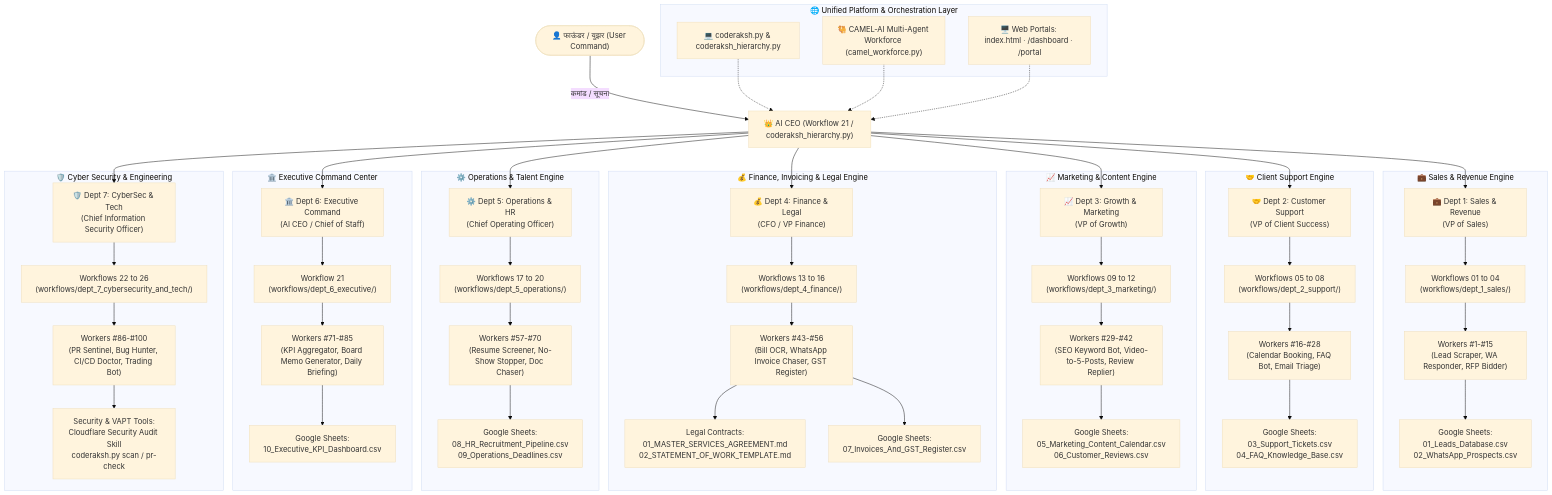
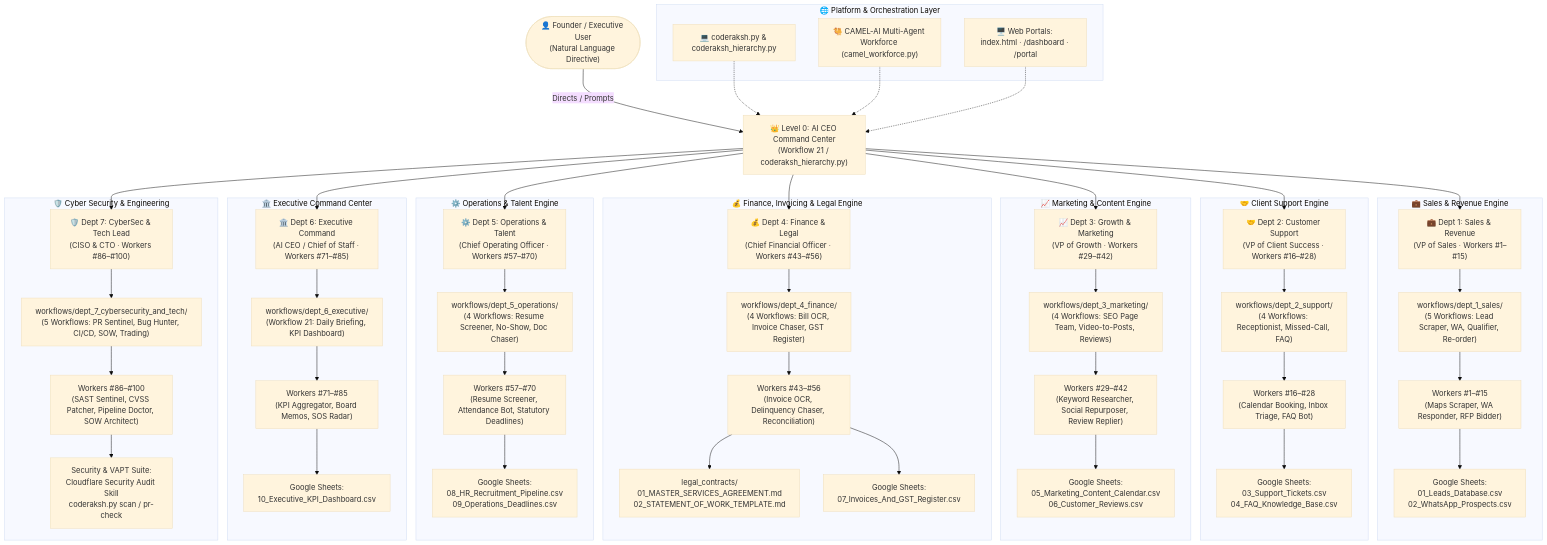
One commit to Chetan-Biranje/CodeRaksh-Company changed the diagram in AUTONOMOUS_SYSTEM_TREE.md. Above: the diagram before and after it, drawn with Mermaid (base theme). The commit also changed other lines of this file and 25 other files, not shown here.

````diff
--- a/AUTONOMOUS_SYSTEM_TREE.md
+++ b/AUTONOMOUS_SYSTEM_TREE.md
@@ -17,77 +20,77 @@
 ```mermaid
 graph TD
     %% Executive Level
-    FOUNDER(["👤 फाऊंडर / युझर (User Command)"])
-    CEO["👑 AI CEO (Workflow 21 / coderaksh_hierarchy.py)"]
-    FOUNDER -->|"कमांड / सूचना"| CEO
+    FOUNDER(["👤 Founder / Executive User<br/>(Natural Language Directive)"])
+    CEO["👑 Level 0: AI CEO Command Center<br/>(Workflow 21 / coderaksh_hierarchy.py)"]
+    FOUNDER -->|"Directs / Prompts"| CEO
 
-    %% 7 Departments
-    CEO --> D1["💼 Dept 1: Sales & Revenue<br/>(VP of Sales)"]
-    CEO --> D2["🤝 Dept 2: Customer Support<br/>(VP of Client Success)"]
-    CEO --> D3["📈 Dept 3: Growth & Marketing<br/>(VP of Growth)"]
-    CEO --> D4["💰 Dept 4: Finance & Legal<br/>(CFO / VP Finance)"]
-    CEO --> D5["⚙️ Dept 5: Operations & HR<br/>(Chief Operating Officer)"]
-    CEO --> D6["🏛️ Dept 6: Executive Command<br/>(AI CEO / Chief of Staff)"]
-    CEO --> D7["🛡️ Dept 7: CyberSec & Tech<br/>(Chief Information Security Officer)"]
+    %% 7 Department Leadership
+    CEO --> D1["💼 Dept 1: Sales & Revenue<br/>(VP of Sales · Workers #1–#15)"]
+    CEO --> D2["🤝 Dept 2: Customer Support<br/>(VP of Client Success · Workers #16–#28)"]
+    CEO --> D3["📈 Dept 3: Growth & Marketing<br/>(VP of Growth · Workers #29–#42)"]
+    CEO --> D4["💰 Dept 4: Finance & Legal<br/>(Chief Financial Officer · Workers #43–#56)"]
+    CEO --> D5["⚙️ Dept 5: Operations & Talent<br/>(Chief Operating Officer · Workers #57–#70)"]
+    CEO --> D6["🏛️ Dept 6: Executive Command<br/>(AI CEO / Chief of Staff · Workers #71–#85)"]
+    CEO --> D7["🛡️ Dept 7: CyberSec & Tech Lead<br/>(CISO & CTO · Workers #86–#100)"]
 
     %% Dept 1 Workflows & Tools
     subgraph S1 ["💼 Sales & Revenue Engine"]
-        D1 --> W1["Workflows 01 to 04<br/>(workflows/dept_1_sales/)"]
-        W1 --> T1["Workers #1-#15<br/>(Lead Scraper, WA Responder, RFP Bidder)"]
+        D1 --> W1["workflows/dept_1_sales/<br/>(5 Workflows: Lead Scraper, WA, Qualifier, Re-order)"]
+        W1 --> T1["Workers #1–#15<br/>(Maps Scraper, WA Responder, RFP Bidder)"]
         T1 --> SH1["Google Sheets:<br/>01_Leads_Database.csv<br/>02_WhatsApp_Prospects.csv"]
     end
 
     %% Dept 2 Workflows & Tools
     subgraph S2 ["🤝 Client Support Engine"]
-        D2 --> W2["Workflows 05 to 08<br/>(workflows/dept_2_support/)"]
-        W2 --> T2["Workers #16-#28<br/>(Calendar Booking, FAQ Bot, Email Triage)"]
+        D2 --> W2["workflows/dept_2_support/<br/>(4 Workflows: Receptionist, Missed-Call, FAQ)"]
+        W2 --> T2["Workers #16–#28<br/>(Calendar Booking, Inbox Triage, FAQ Bot)"]
         T2 --> SH2["Google Sheets:<br/>03_Support_Tickets.csv<br/>04_FAQ_Knowledge_Base.csv"]
     end
 
     %% Dept 3 Workflows & Tools
     subgraph S3 ["📈 Marketing & Content Engine"]
-        D3 --> W3["Workflows 09 to 12<br/>(workflows/dept_3_marketing/)"]
-        W3 --> T3["Workers #29-#42<br/>(SEO Keyword Bot, Video-to-5-Posts, Review Replier)"]
+        D3 --> W3["workflows/dept_3_marketing/<br/>(4 Workflows: SEO Page Team, Video-to-Posts, Reviews)"]
+        W3 --> T3["Workers #29–#42<br/>(Keyword Researcher, Social Repurposer, Review Replier)"]
         T3 --> SH3["Google Sheets:<br/>05_Marketing_Content_Calendar.csv<br/>06_Customer_Reviews.csv"]
     end
 
     %% Dept 4 Workflows & Tools
     subgraph S4 ["💰 Finance, Invoicing & Legal Engine"]
-        D4 --> W4["Workflows 13 to 16<br/>(workflows/dept_4_finance/)"]
-        W4 --> T4["Workers #43-#56<br/>(Bill OCR, WhatsApp Invoice Chaser, GST Register)"]
-        T4 --> LEG["Legal Contracts:<br/>01_MASTER_SERVICES_AGREEMENT.md<br/>02_STATEMENT_OF_WORK_TEMPLATE.md"]
+        D4 --> W4["workflows/dept_4_finance/<br/>(4 Workflows: Bill OCR, Invoice Chaser, GST Register)"]
+        W4 --> T4["Workers #43–#56<br/>(Invoice OCR, Delinquency Chaser, Reconciliation)"]
+        T4 --> LEG["legal_contracts/<br/>01_MASTER_SERVICES_AGREEMENT.md<br/>02_STATEMENT_OF_WORK_TEMPLATE.md"]
         T4 --> SH4["Google Sheets:<br/>07_Invoices_And_GST_Register.csv"]
     end
 
     %% Dept 5 Workflows & Tools
     subgraph S5 ["⚙️ Operations & Talent Engine"]
-        D5 --> W5["Workflows 17 to 20<br/>(workflows/dept_5_operations/)"]
-        W5 --> T5["Workers #57-#70<br/>(Resume Screener, No-Show Stopper, Doc Chaser)"]
+        D5 --> W5["workflows/dept_5_operations/<br/>(4 Workflows: Resume Screener, No-Show, Doc Chaser)"]
+        W5 --> T5["Workers #57–#70<br/>(Resume Screener, Attendance Bot, Statutory Deadlines)"]
         T5 --> SH5["Google Sheets:<br/>08_HR_Recruitment_Pipeline.csv<br/>09_Operations_Deadlines.csv"]
     end
 
     %% Dept 6 Workflows & Tools
     subgraph S6 ["🏛️ Executive Command Center"]
-        D6 --> W6["Workflow 21<br/>(workflows/dept_6_executive/)"]
-        W6 --> T6["Workers #71-#85<br/>(KPI Aggregator, Board Memo Generator, Daily Briefing)"]
+        D6 --> W6["workflows/dept_6_executive/<br/>(Workflow 21: Daily Briefing, KPI Dashboard)"]
+        W6 --> T6["Workers #71–#85<br/>(KPI Aggregator, Board Memos, SOS Radar)"]
         T6 --> SH6["Google Sheets:<br/>10_Executive_KPI_Dashboard.csv"]
     end
 
     %% Dept 7 Workflows & Tools
     subgraph S7 ["🛡️ Cyber Security & Engineering"]
-        D7 --> W7["Workflows 22 to 26<br/>(workflows/dept_7_cybersecurity_and_tech/)"]
-        W7 --> T7["Workers #86-#100<br/>(PR Sentinel, Bug Hunter, CI/CD Doctor, Trading Bot)"]
-        T7 --> SEC["Security & VAPT Tools:<br/>Cloudflare Security Audit Skill<br/>coderaksh.py scan / pr-check"]
+        D7 --> W7["workflows/dept_7_cybersecurity_and_tech/<br/>(5 Workflows: PR Sentinel, Bug Hunter, CI/CD, SOW, Trading)"]
+        W7 --> T7["Workers #86–#100<br/>(SAST Sentinel, CVSS Patcher, Pipeline Doctor, SOW Architect)"]
+        T7 --> SEC["Security & VAPT Suite:<br/>Cloudflare Security Audit Skill<br/>coderaksh.py scan / pr-check"]
     end
 
-    %% Autonomous CLI & Portal Layer
-    subgraph PLATFORM ["🌐 Unified Platform & Orchestration Layer"]
+    %% Platform Orchestration
+    subgraph PLATFORM ["🌐 Platform & Orchestration Layer"]
         CLI["💻 coderaksh.py & coderaksh_hierarchy.py"]
         CAMEL["🐫 CAMEL-AI Multi-Agent Workforce (camel_workforce.py)"]
         WEB["🖥️ Web Portals: index.html · /dashboard · /portal"]
     end
 
     CLI -.-> CEO
     CAMEL -.-> CEO
     WEB -.-> CEO
 ```
````
